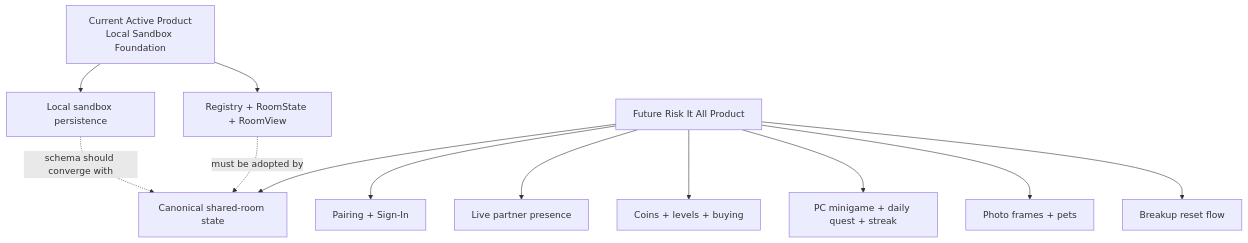
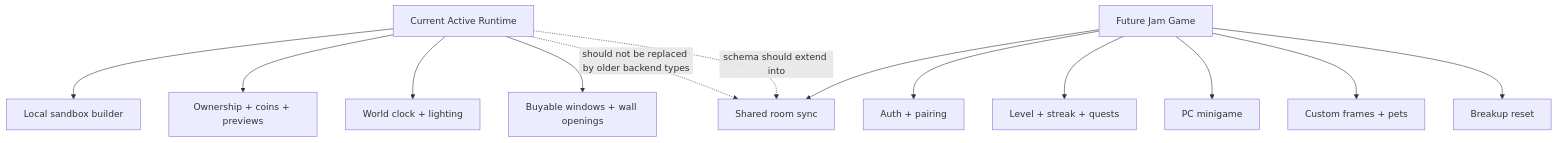
One commit to Erlavush/FAHHH changed the sixth of 6 diagrams in docs/DIAGRAMS.md. Above: the diagram before and after it, drawn with Mermaid. The commit also changed other lines of this file and 16 other files, not shown here.

Commit message:
Refine world lighting and add basic sky render mode

````diff
--- a/docs/DIAGRAMS.md
+++ b/docs/DIAGRAMS.md
@@ -104,16 +115,17 @@
 ```mermaid
 flowchart TD
-  Current["Current Active Product<br/>Local Sandbox Foundation"] --> CurrentTruth["Registry + RoomState + RoomView"]
-  Current --> LocalSave["Local sandbox persistence"]
+  Current["Current Active Runtime"] --> Local["Local sandbox builder"]
+  Current --> Inventory["Ownership + coins + previews"]
+  Current --> Clock["World clock + lighting"]
+  Current --> Windows["Buyable windows + wall openings"]
 
-  Future["Future Risk It All Product"] --> Auth["Pairing + Sign-In"]
-  Future --> SharedRoom["Canonical shared-room state"]
-  Future --> Presence["Live partner presence"]
-  Future --> Economy["Coins + levels + buying"]
-  Future --> Loop["PC minigame + daily quest + streak"]
-  Future --> Personal["Photo frames + pets"]
-  Future --> Breakup["Breakup reset flow"]
+  Future["Future Jam Game"] --> Pair["Auth + pairing"]
+  Future --> Shared["Shared room sync"]
+  Future --> Progress["Level + streak + quests"]
+  Future --> Activities["PC minigame"]
+  Future --> Personal["Custom frames + pets"]
+  Future --> Breakup["Breakup reset"]
 
-  CurrentTruth -. must be adopted by .-> SharedRoom
-  LocalSave -. schema should converge with .-> SharedRoom
+  Current -. schema should extend into .-> Shared
+  Current -. should not be replaced by older backend types .-> Shared
 ```
````
